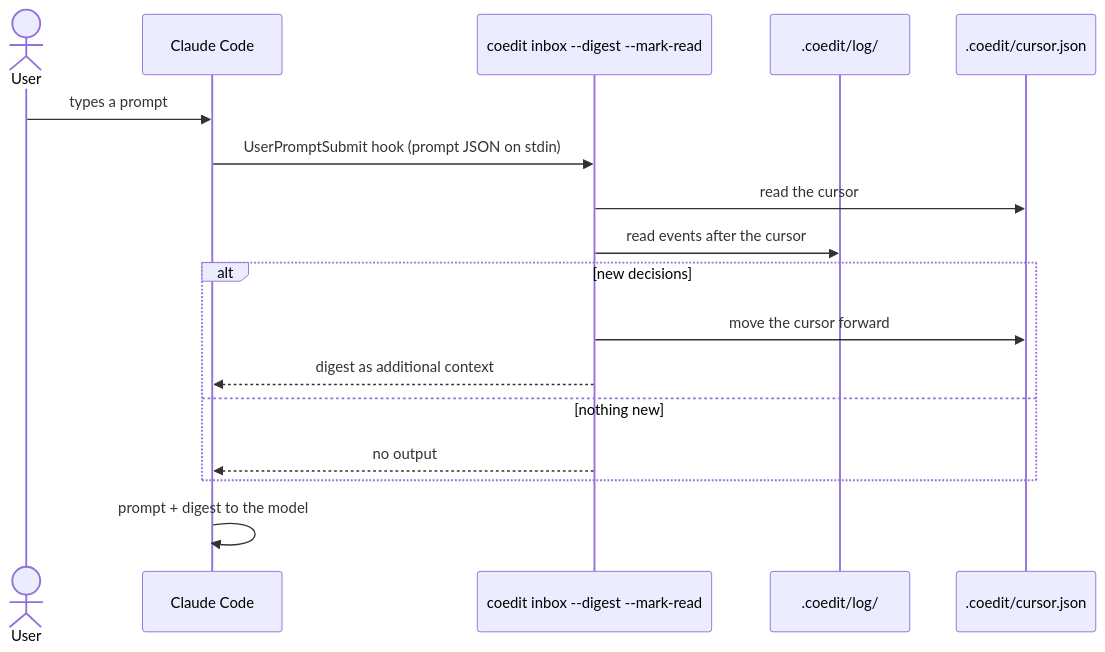
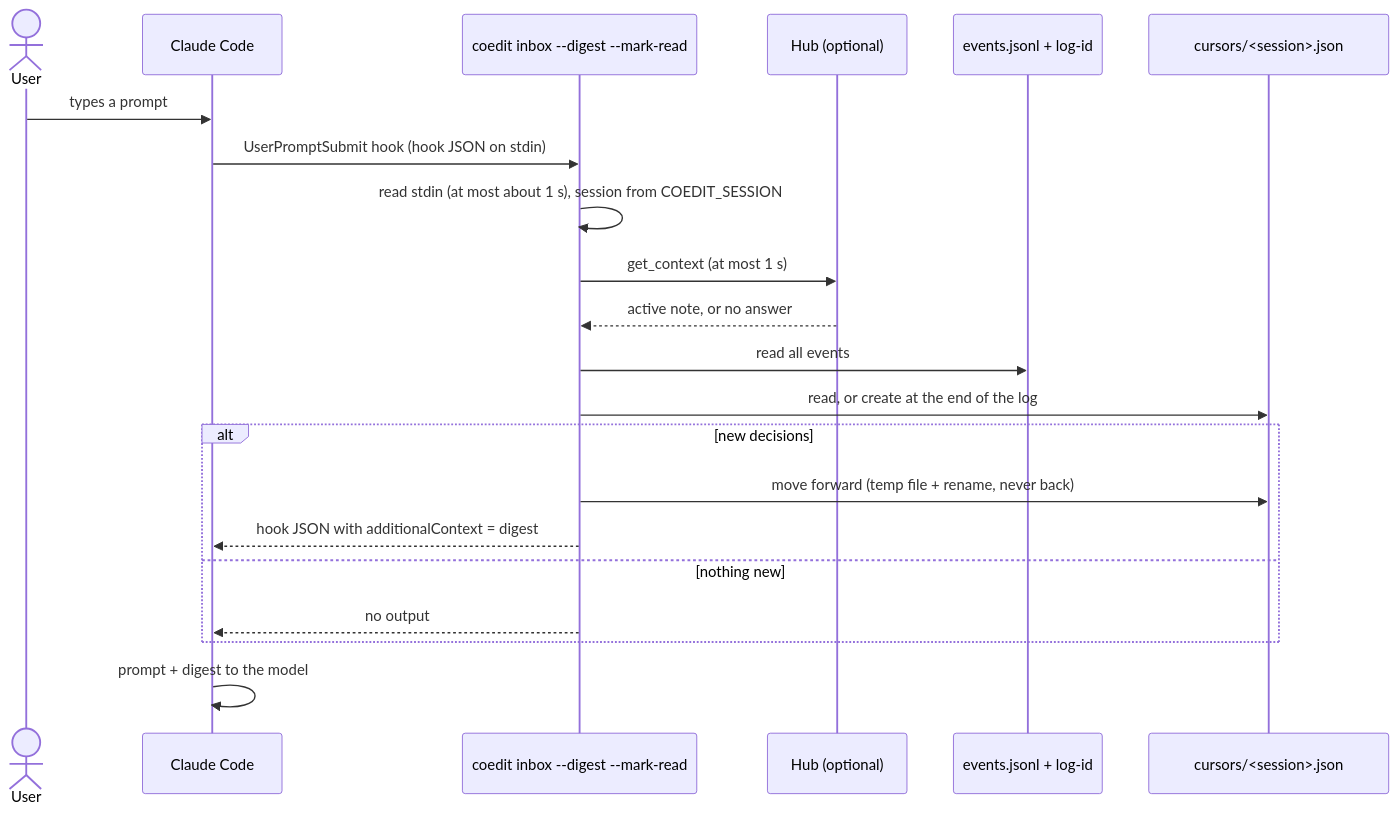
One commit to novazembla/md-coeditor changed the sixth of 6 diagrams in openspec/docs/architecture-claude.md. Above: the diagram before and after it, drawn with Mermaid. The commit also changed other lines of this file and 140 other files, not shown here.

````diff
--- a/openspec/docs/architecture-claude.md
+++ b/openspec/docs/architecture-claude.md
@@ -171,20 +312,24 @@
 ```mermaid
 sequenceDiagram
   actor U as User
   participant CC as Claude Code
   participant I as coedit inbox --digest --mark-read
-  participant LOG as .coedit/log/
-  participant CUR as .coedit/cursor.json
+  participant H as Hub (optional)
+  participant LOG as events.jsonl + log-id
+  participant CUR as cursors/#lt;session#gt;.json
 
   U->>CC: types a prompt
-  CC->>I: UserPromptSubmit hook (prompt JSON on stdin)
-  I->>CUR: read the cursor
-  I->>LOG: read events after the cursor
+  CC->>I: UserPromptSubmit hook (hook JSON on stdin)
+  I->>I: read stdin (at most about 1 s), session from COEDIT_SESSION
+  I->>H: get_context (at most 1 s)
+  H-->>I: active note, or no answer
+  I->>LOG: read all events
+  I->>CUR: read, or create at the end of the log
   alt new decisions
-    I->>CUR: move the cursor forward
-    I-->>CC: digest as additional context
+    I->>CUR: move forward (temp file + rename, never back)
+    I-->>CC: hook JSON with additionalContext = digest
   else nothing new
     I-->>CC: no output
   end
   CC->>CC: prompt + digest to the model
 ```
````
